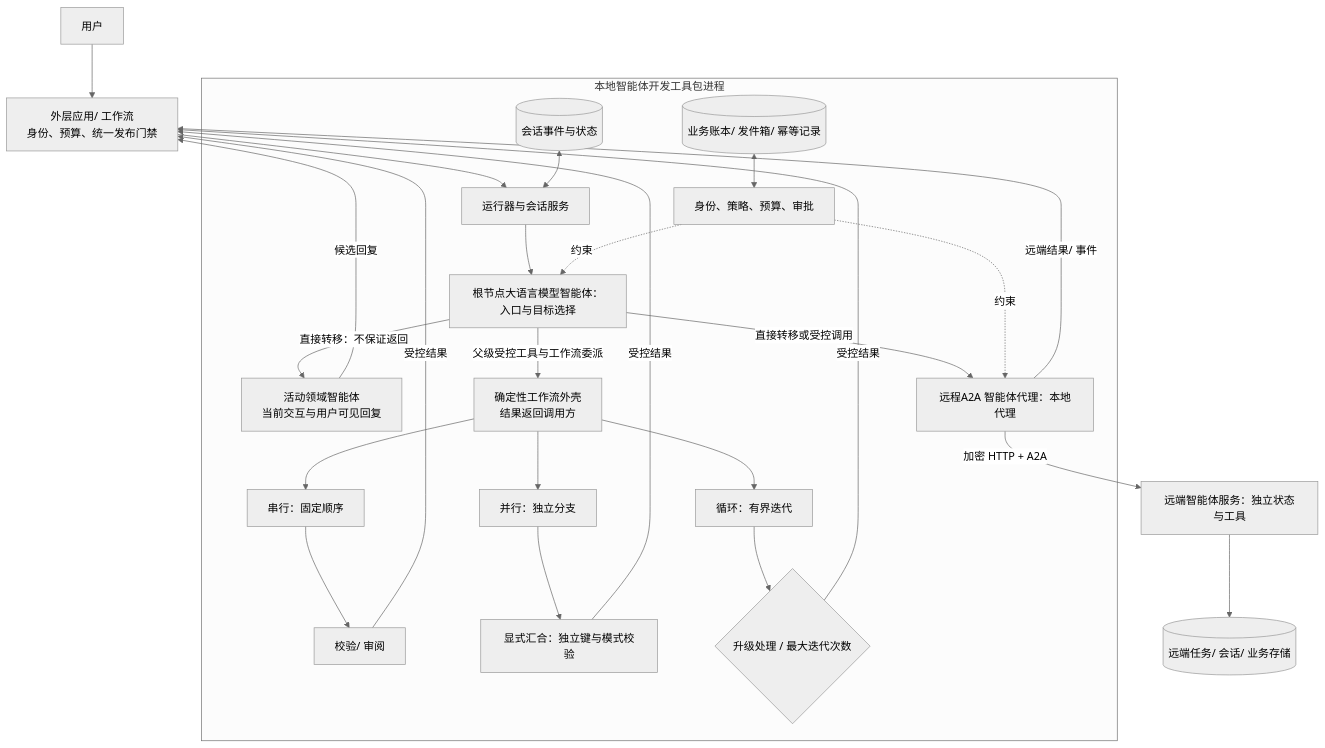
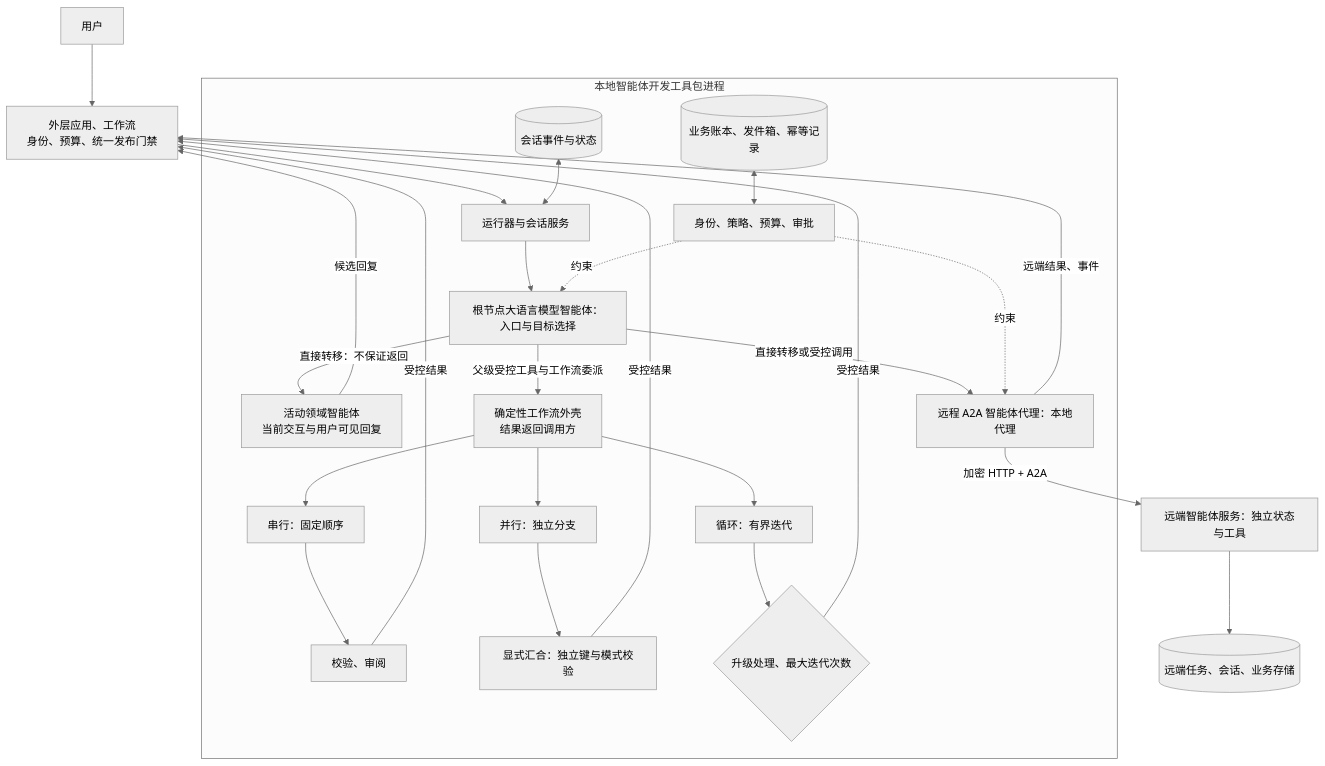
Before and after one commit to sealday/tego-arch: the first of 2 diagrams in content/cases/google-adk-a2a.mdx, drawn with Mermaid (neutral theme). The commit also changed other lines of this file and 33 other files, not shown here.

````diff
--- a/content/cases/google-adk-a2a.mdx
+++ b/content/cases/google-adk-a2a.mdx
@@ -153,34 +153,34 @@
 ```mermaid
 flowchart TB
   accTitle: 智能体开发工具包本地父子层级与工作流控制边界
-  accDescr: 根智能体可直接转移，让目标成为当前活动处理者并产生用户可见回复；父级受控工作流则把结果返回调用方聚合。统一发布门禁位于外层应用或工作流，远程代理仍跨越A2A 网络边界。
+  accDescr: 根智能体可直接转移，让目标成为当前活动处理者并产生用户可见回复；父级受控工作流则把结果返回调用方聚合。统一发布门禁位于外层应用或工作流，远程代理仍跨越 A2A 网络边界。
 
-  User["用户"] --> AppGate["外层应用/ 工作流<br/>身份、预算、统一发布门禁"]
+  User["用户"] --> AppGate["外层应用、工作流<br/>身份、预算、统一发布门禁"]
   AppGate --> Runner["运行器与会话服务"]
 
   subgraph Local["本地智能体开发工具包进程"]
     Root["根节点大语言模型智能体：入口与目标选择"]
     Runner --> Root
     Root -->|"直接转移：不保证返回"| Specialist["活动领域智能体<br/>当前交互与用户可见回复"]
     Root -->|"父级受控工具与工作流委派"| Workflow["确定性工作流外壳<br/>结果返回调用方"]
     Workflow --> Seq["串行：固定顺序"]
     Workflow --> Par["并行：独立分支"]
     Workflow --> Loop["循环：有界迭代"]
-    Seq --> Review["校验/ 审阅"]
+    Seq --> Review["校验、审阅"]
     Par --> Join["显式汇合：独立键与模式校验"]
-    Loop --> Stop{"升级处理 / 最大迭代次数"}
-    Root -->|"直接转移或受控调用"| RemoteProxy["远程A2A 智能体代理：本地代理"]
+    Loop --> Stop{"升级处理、最大迭代次数"}
+    Root -->|"直接转移或受控调用"| RemoteProxy["远程 A2A 智能体代理：本地代理"]
     Policy["身份、策略、预算、审批"] -.约束.-> Root
     Policy -.约束.-> RemoteProxy
     State[("会话事件与状态")] <--> Runner
-    Ledger[("业务账本/ 发件箱/ 幂等记录")] <--> Policy
+    Ledger[("业务账本、发件箱、幂等记录")] <--> Policy
   end
 
   RemoteProxy -->|"加密 HTTP + A2A"| Remote["远端智能体服务：独立状态与工具"]
-  Remote --> RemoteStore[("远端任务/ 会话/ 业务存储")]
+  Remote --> RemoteStore[("远端任务、会话、业务存储")]
   Specialist -->|"候选回复"| AppGate
   Review -->|"受控结果"| AppGate
   Join -->|"受控结果"| AppGate
   Stop -->|"受控结果"| AppGate
-  RemoteProxy -->|"远端结果/ 事件"| AppGate
+  RemoteProxy -->|"远端结果、事件"| AppGate
 ```
````
